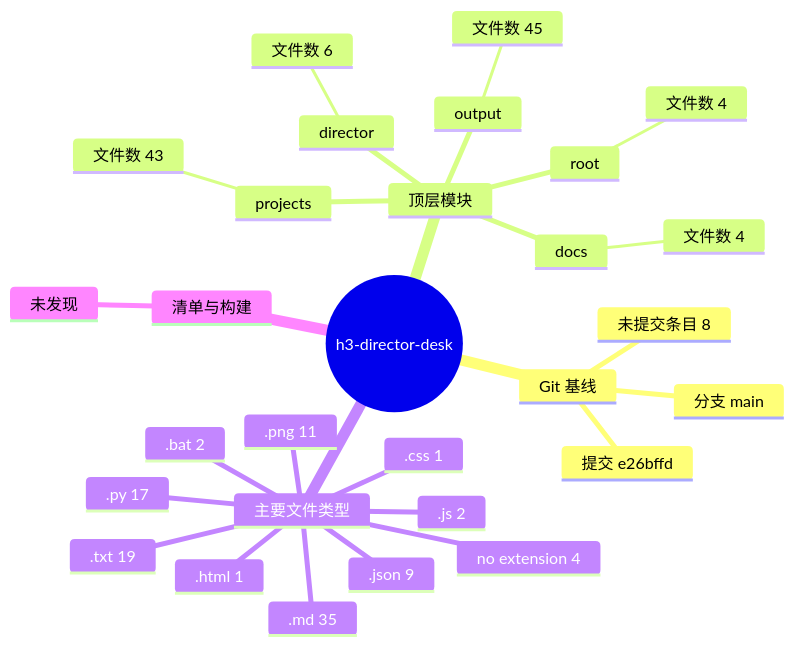
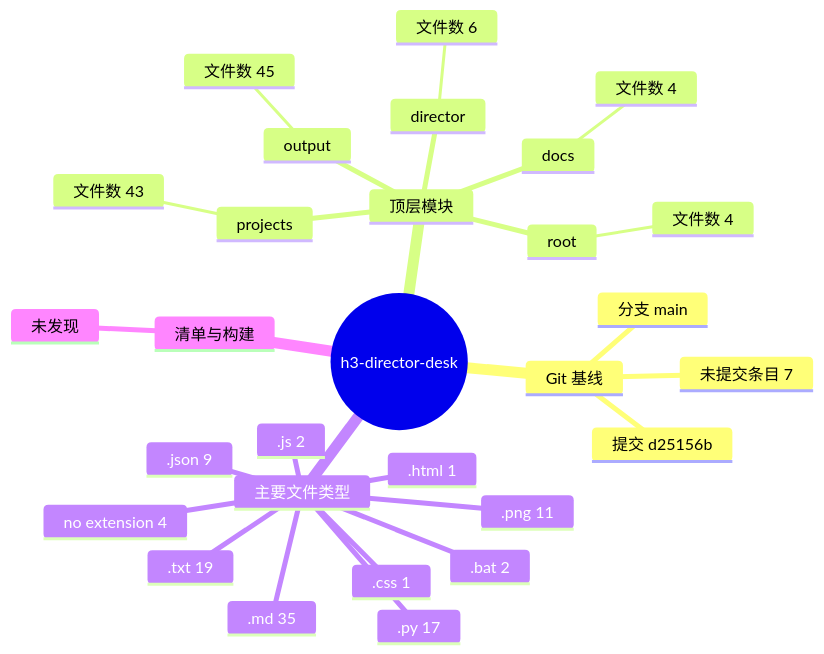
One commit to Exalex/h3-director-desk changed the diagram in docs/project-evolution/mindmaps/repository-structure.md. Above: the diagram before and after it, drawn with Mermaid. The commit also changed 6 other files, not shown here.

````diff
--- a/docs/project-evolution/mindmaps/repository-structure.md
+++ b/docs/project-evolution/mindmaps/repository-structure.md
@@ -5,32 +5,32 @@
 ```mermaid
 mindmap
   root((h3-director-desk))
     Git 基线
       分支 main
-      提交 e26bffd
-      未提交条目 8
+      提交 d25156b
+      未提交条目 7
     顶层模块
       output
         文件数 45
       projects
         文件数 43
       director
         文件数 6
       root
         文件数 4
       docs
         文件数 4
     主要文件类型
       .md 35
       .txt 19
       .py 17
       .png 11
       .json 9
       no extension 4
       .bat 2
       .js 2
       .html 1
       .css 1
     清单与构建
       未发现
 ```
````
